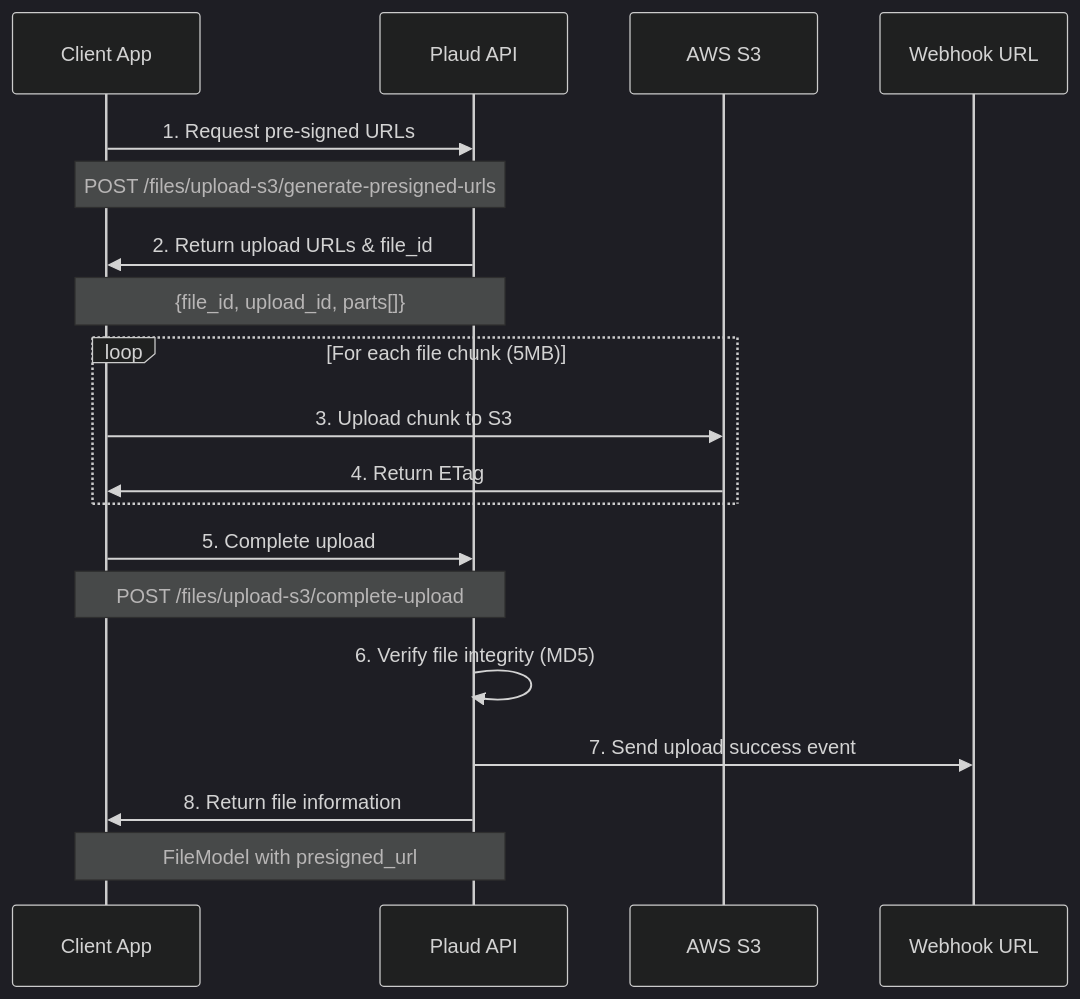
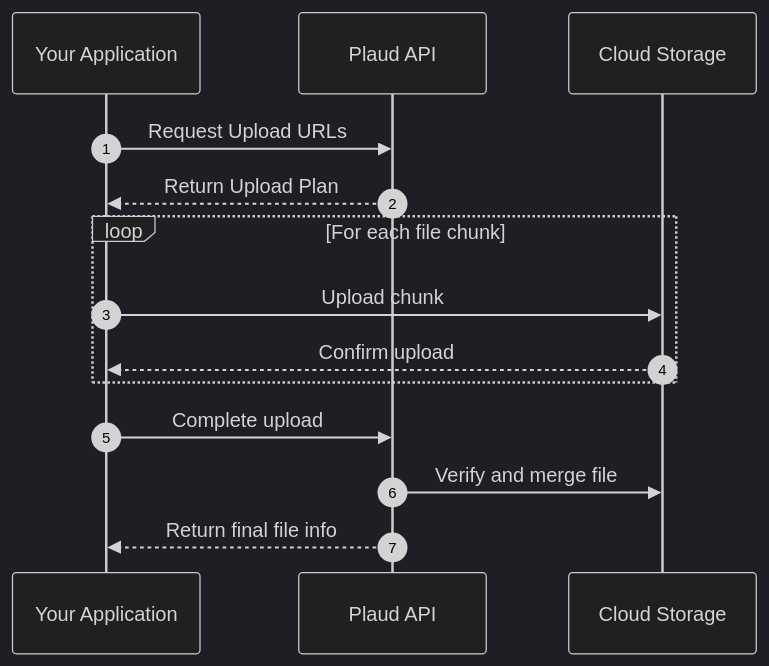
Before and after one commit to liushao1111/plaud-developer-docs: the diagram in documentation/developer_guides/tutorials/files/upload.mdx, drawn with Mermaid (dark theme). The commit also changed other lines of this file and 5 other files, not shown here.

````diff
--- a/documentation/developer_guides/tutorials/files/upload.mdx
+++ b/documentation/developer_guides/tutorials/files/upload.mdx
@@ -14,24 +18,19 @@
 ```mermaid
 sequenceDiagram
-    participant Client as Client App
+    autonumber
+    participant User as Your Application
     participant API as Plaud API
-    participant S3 as AWS S3
-    participant Webhook as Webhook URL
+    participant Storage as Cloud Storage
 
-    Client->>API: 1. Request pre-signed URLs
-    Note over Client,API: POST /files/upload-s3/generate-presigned-urls
-    API->>Client: 2. Return upload URLs & file_id
-    Note over API,Client: {file_id, upload_id, parts[]}
-
-    loop For each file chunk (5MB)
-        Client->>S3: 3. Upload chunk to S3
-        S3->>Client: 4. Return ETag
+    User->>API: Request Upload URLs
+    API-->>User: Return Upload Plan
+    
+    loop For each file chunk
+        User->>Storage: Upload chunk
+        Storage-->>User: Confirm upload
     end
-
-    Client->>API: 5. Complete upload
-    Note over Client,API: POST /files/upload-s3/complete-upload
-    API->>API: 6. Verify file integrity (MD5)
-    API->>Webhook: 7. Send upload success event
-    API->>Client: 8. Return file information
-    Note over API,Client: FileModel with presigned_url
+    
+    User->>API: Complete upload
+    API->>Storage: Verify and merge file
+    API-->>User: Return final file info
 ```
````
